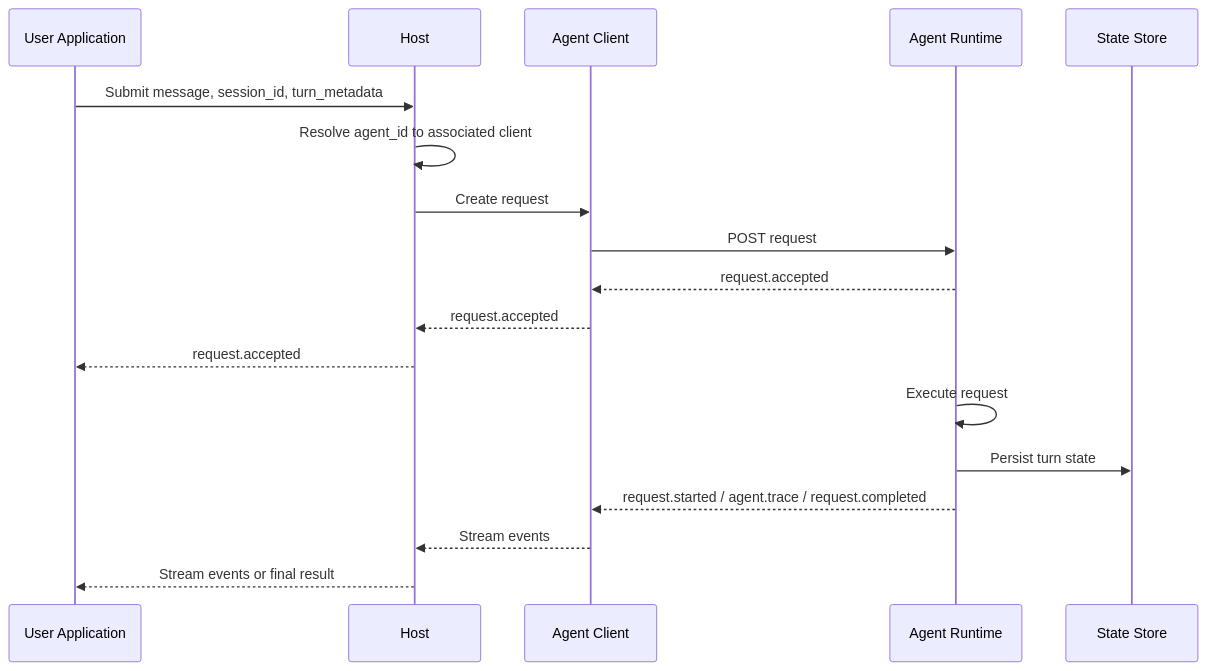
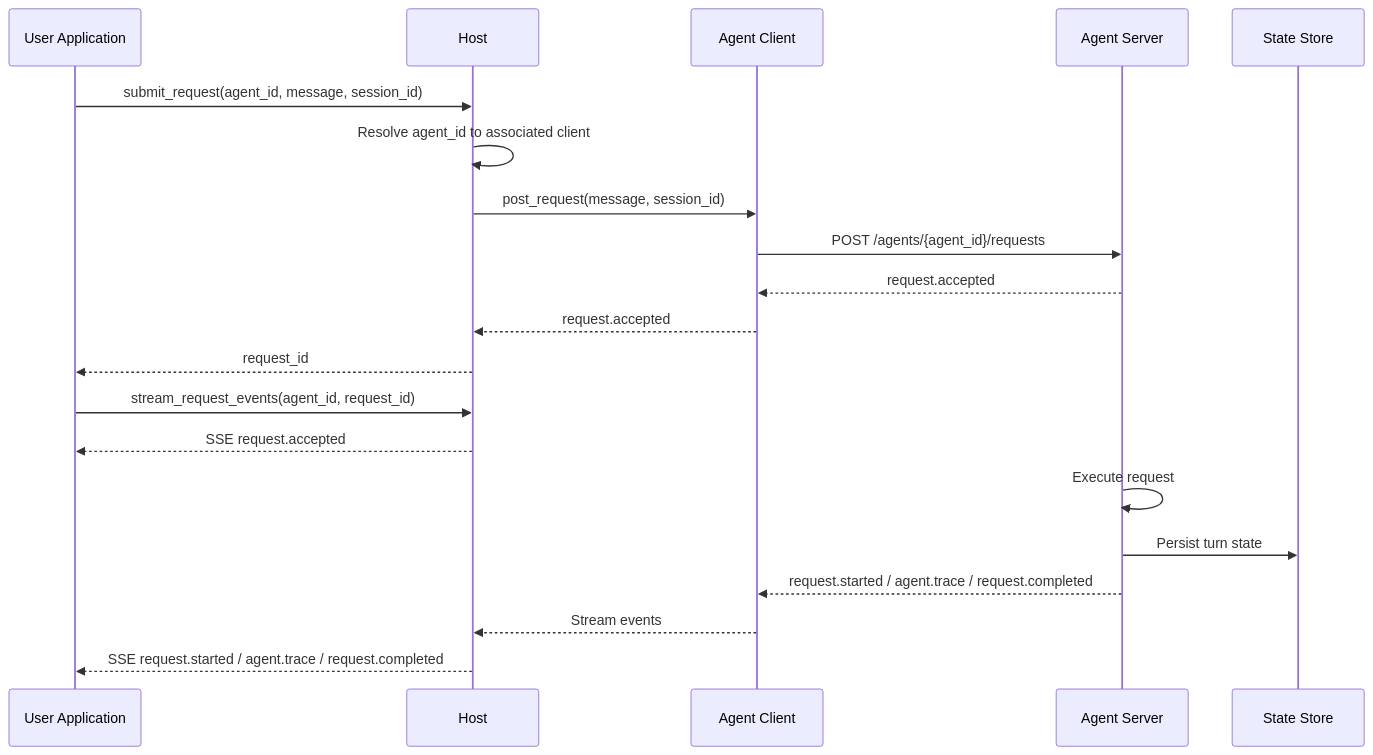
Before and after one commit to imsid/mashpy: the second of 2 diagrams in docs/rfcs/host-to-agent-protocol.md, drawn with Mermaid. The commit also changed other lines of this file, not shown here.

````diff
--- a/docs/rfcs/host-to-agent-protocol.md
+++ b/docs/rfcs/host-to-agent-protocol.md
@@ -169,21 +163,23 @@
 ```mermaid
 sequenceDiagram
     participant App as User Application
     participant Host
     participant Client as Agent Client
-    participant Runtime as Agent Runtime
+    participant Server as Agent Server
     participant Store as State Store
 
-    App->>Host: Submit message, session_id, turn_metadata
+    App->>Host: submit_request(agent_id, message, session_id)
     Host->>Host: Resolve agent_id to associated client
-    Host->>Client: Create request
-    Client->>Runtime: POST request
-    Runtime-->>Client: request.accepted
+    Host->>Client: post_request(message, session_id)
+    Client->>Server: POST /agents/{agent_id}/requests
+    Server-->>Client: request.accepted
     Client-->>Host: request.accepted
-    Host-->>App: request.accepted
-    Runtime->>Runtime: Execute request
-    Runtime->>Store: Persist turn state
-    Runtime-->>Client: request.started / agent.trace / request.completed
+    Host-->>App: request_id
+    App->>Host: stream_request_events(agent_id, request_id)
+    Host-->>App: SSE request.accepted
+    Server->>Server: Execute request
+    Server->>Store: Persist turn state
+    Server-->>Client: request.started / agent.trace / request.completed
     Client-->>Host: Stream events
-    Host-->>App: Stream events or final result
+    Host-->>App: SSE request.started / agent.trace / request.completed
 ```
````
